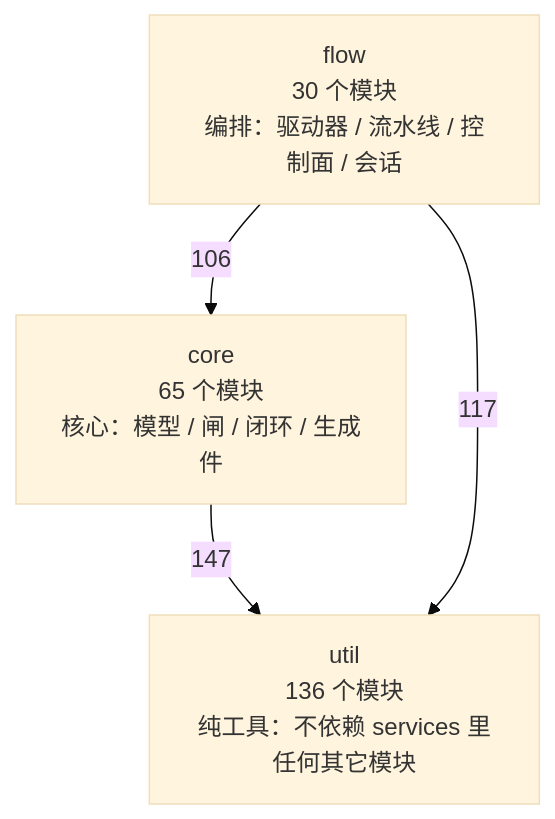
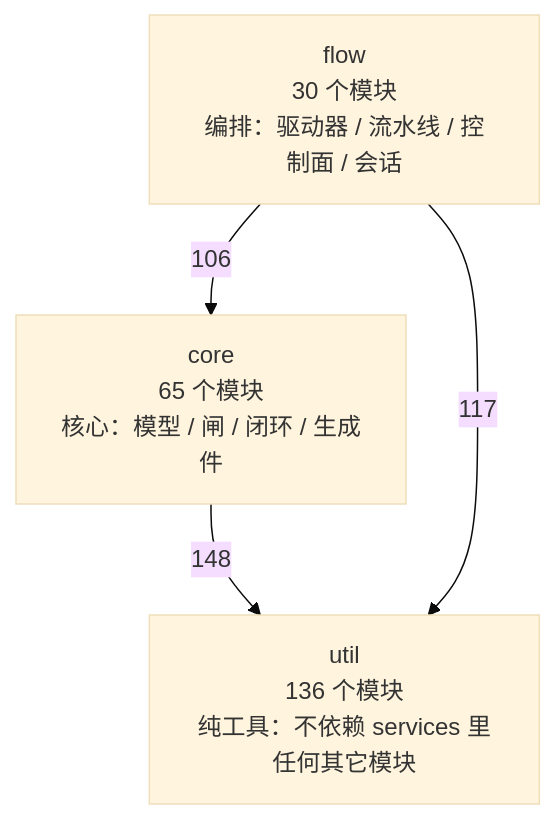
One commit to 2686521696/WhyBuddy changed the first of 4 diagrams in docs/SlideRule V6.2 架构图（自动生成）.md. Above: the diagram before and after it, drawn with Mermaid (base theme). The commit also changed other lines of this file and 5 other files, not shown here.

Commit message:
fix(architecture): consume project contracts and record runtime evidence

````diff
--- a/docs/SlideRule V6.2 架构图（自动生成）.md
+++ b/docs/SlideRule V6.2 架构图（自动生成）.md
@@ -50,9 +50,9 @@
 ```mermaid
 flowchart TB
   util["util<br/>136 个模块<br/>纯工具：不依赖 services 里任何其它模块"]
   core["core<br/>65 个模块<br/>核心：模型 / 闸 / 闭环 / 生成件"]
   flow["flow<br/>30 个模块<br/>编排：驱动器 / 流水线 / 控制面 / 会话"]
-  core -->|147| util
+  core -->|148| util
   flow -->|106| core
   flow -->|117| util
 ```
````
